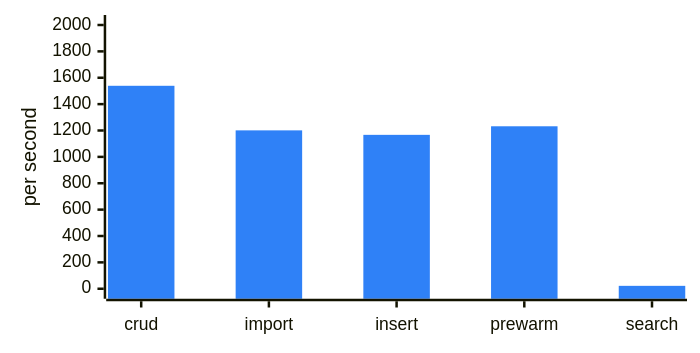
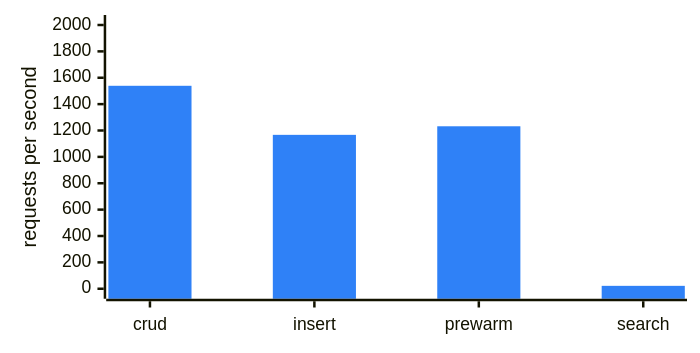
Before and after one commit to HeliosSoftware/hfs: the second of 4 diagrams in .github/tmp-summary-test/stacked/leg-mongodb.md, drawn with Mermaid. The commit also changed other lines of this file and 16 other files, not shown here.

Commit message:
ci: Bulk Import row, shorter labels, per-leg charts side by side

````diff
--- a/.github/tmp-summary-test/stacked/leg-mongodb.md
+++ b/.github/tmp-summary-test/stacked/leg-mongodb.md
@@ -137,7 +138,7 @@
 ```mermaid
 %%{init: {"xyChart": {"width": 540, "height": 260, "useMaxWidth": false}, "themeVariables": {"xyChart": {"plotColorPalette": "#2f81f7", "backgroundColor": "transparent"}}}}%%
 xychart-beta
-    x-axis ["crud", "import", "insert", "prewarm", "search"]
-    y-axis "per second" 0 --> 2000
-    bar [1539, 1201, 1167, 1232, 22]
+    x-axis ["crud", "insert", "prewarm", "search"]
+    y-axis "requests per second" 0 --> 2000
+    bar [1539, 1167, 1232, 22]
 ```
````
